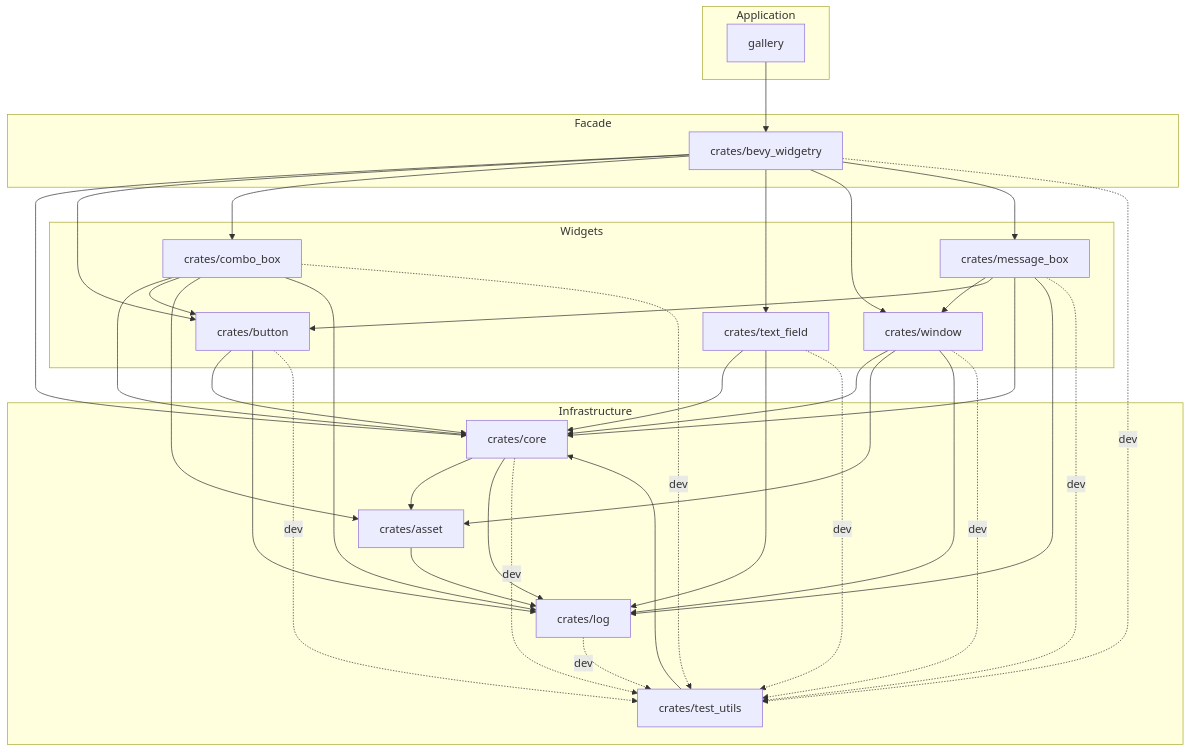
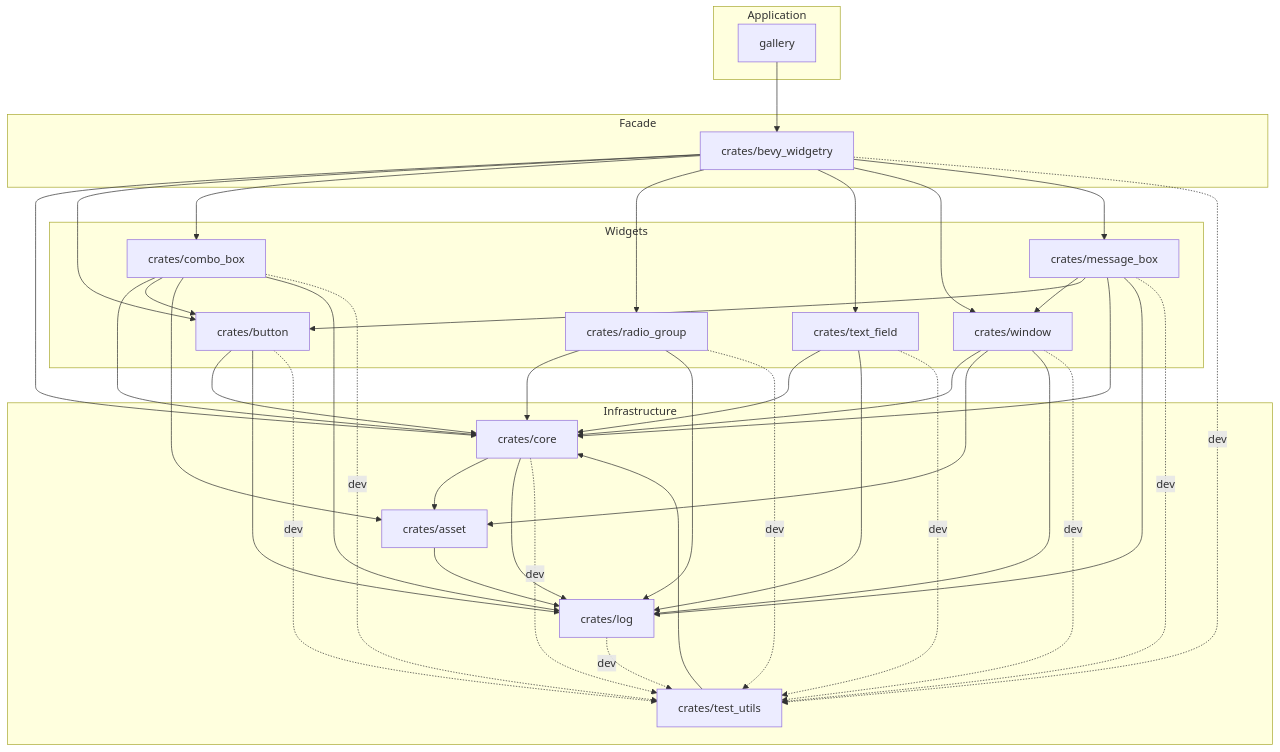
The diagram in docs/architecture.md (slc90/bevy_widgetry), drawn with Mermaid before and after one commit. The commit also changed other lines of this file and 18 other files, not shown here.

````diff
--- a/docs/architecture.md
+++ b/docs/architecture.md
@@ -117,65 +125,70 @@
 ```mermaid
 flowchart TD
     subgraph Application
         gallery["gallery"]
     end
 
     subgraph Facade
         widgetry["crates/bevy_widgetry"]
     end
 
     subgraph Widgets
         button["crates/button"]
         combo_box["crates/combo_box"]
+        radio_group["crates/radio_group"]
         text_field["crates/text_field"]
         window["crates/window"]
         message_box["crates/message_box"]
     end
 
     subgraph Infrastructure
         log["crates/log"]
         asset["crates/asset"]
         core["crates/core"]
         test_utils["crates/test_utils"]
     end
 
     gallery --> widgetry
 
     widgetry --> core
     widgetry --> button
     widgetry --> combo_box
+    widgetry --> radio_group
     widgetry --> text_field
     widgetry --> window
     widgetry --> message_box
 
     message_box --> window
     message_box --> button
     message_box --> core
     message_box --> log
 
     button --> core
     combo_box --> core
     combo_box --> button
     combo_box --> asset
+    radio_group --> core
+    radio_group --> log
     text_field --> core
     window --> core
     window --> asset
     core --> asset
     asset --> log
     core --> log
     button --> log
     combo_box --> log
     text_field --> log
     window --> log
 
     test_utils --> core
 
     widgetry -. dev .-> test_utils
     log -. dev .-> test_utils
     core -. dev .-> test_utils
     button -. dev .-> test_utils
     combo_box -. dev .-> test_utils
+    radio_group -. dev .-> test_utils
     text_field -. dev .-> test_utils
     window -. dev .-> test_utils
     message_box -. dev .-> test_utils
 ```
````
